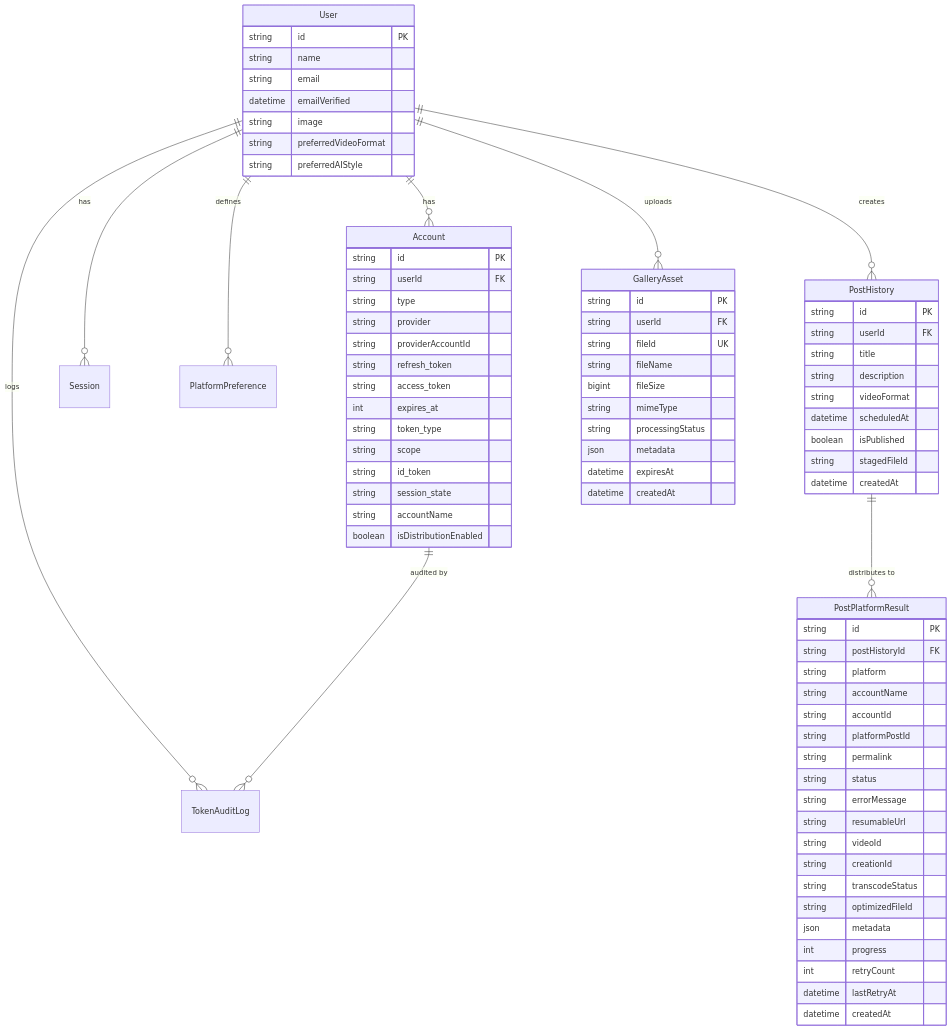
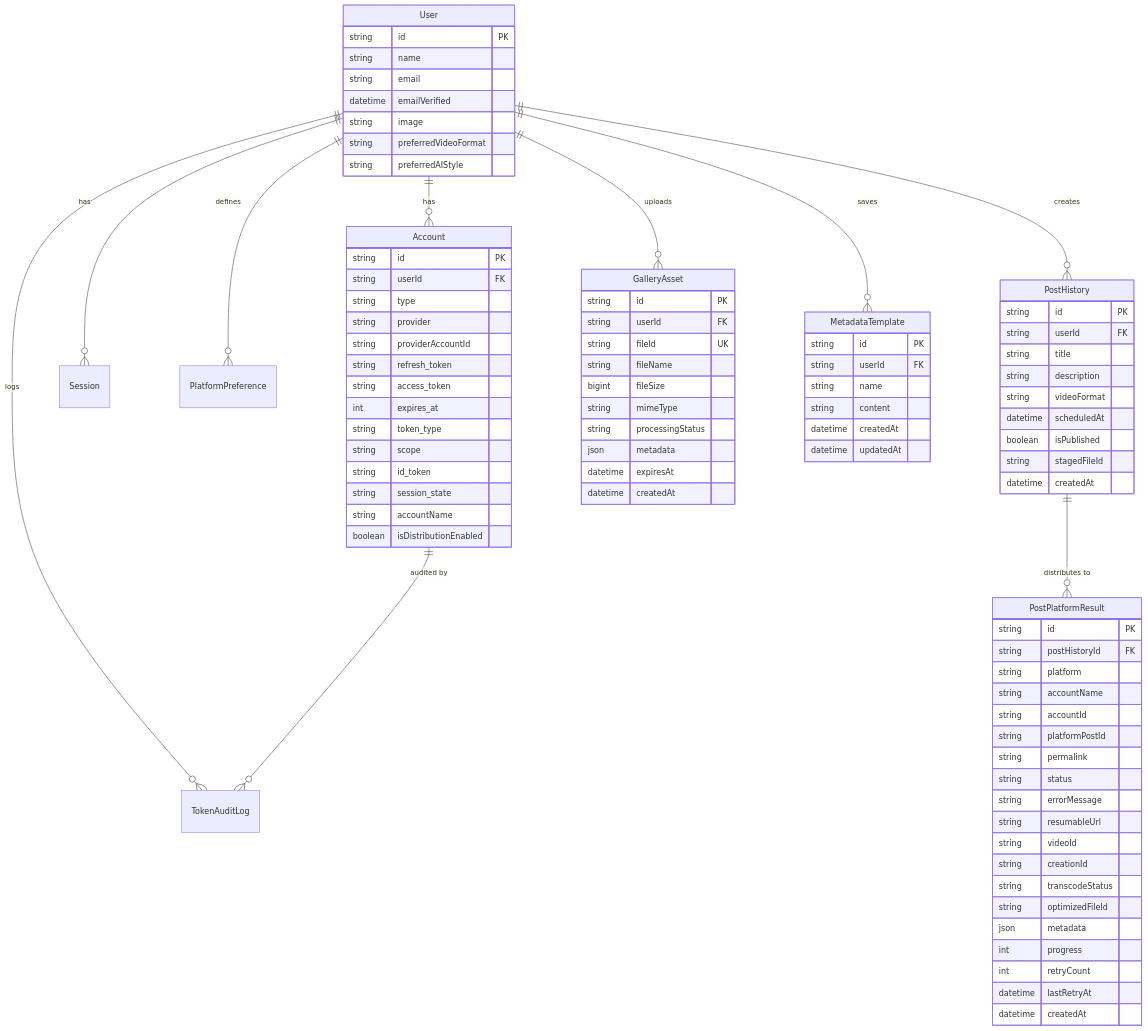
One commit to thoufeeque22/social-studio-app changed the first of 4 diagrams in docs/ARCHITECTURE.md. Above: the diagram before and after it, drawn with Mermaid. The commit also changed 3 other files, not shown here.

Commit message:
docs: sync architecture and feature blueprints for metadata templates

```diff
--- a/docs/ARCHITECTURE.md
+++ b/docs/ARCHITECTURE.md
@@ -29,6 +29,7 @@
     User ||--o{ PostHistory : "creates"
     User ||--o{ GalleryAsset : "uploads"
     User ||--o{ TokenAuditLog : "logs"
+    User ||--o{ MetadataTemplate : "saves"
 
     Account ||--o{ TokenAuditLog : "audited by"
 
@@ -42,6 +43,15 @@
         string image
         string preferredVideoFormat
         string preferredAIStyle
+    }
+
+    MetadataTemplate {
+        string id PK
+        string userId FK
+        string name
+        string content
+        datetime createdAt
+        datetime updatedAt
     }
 
     Account {
```
